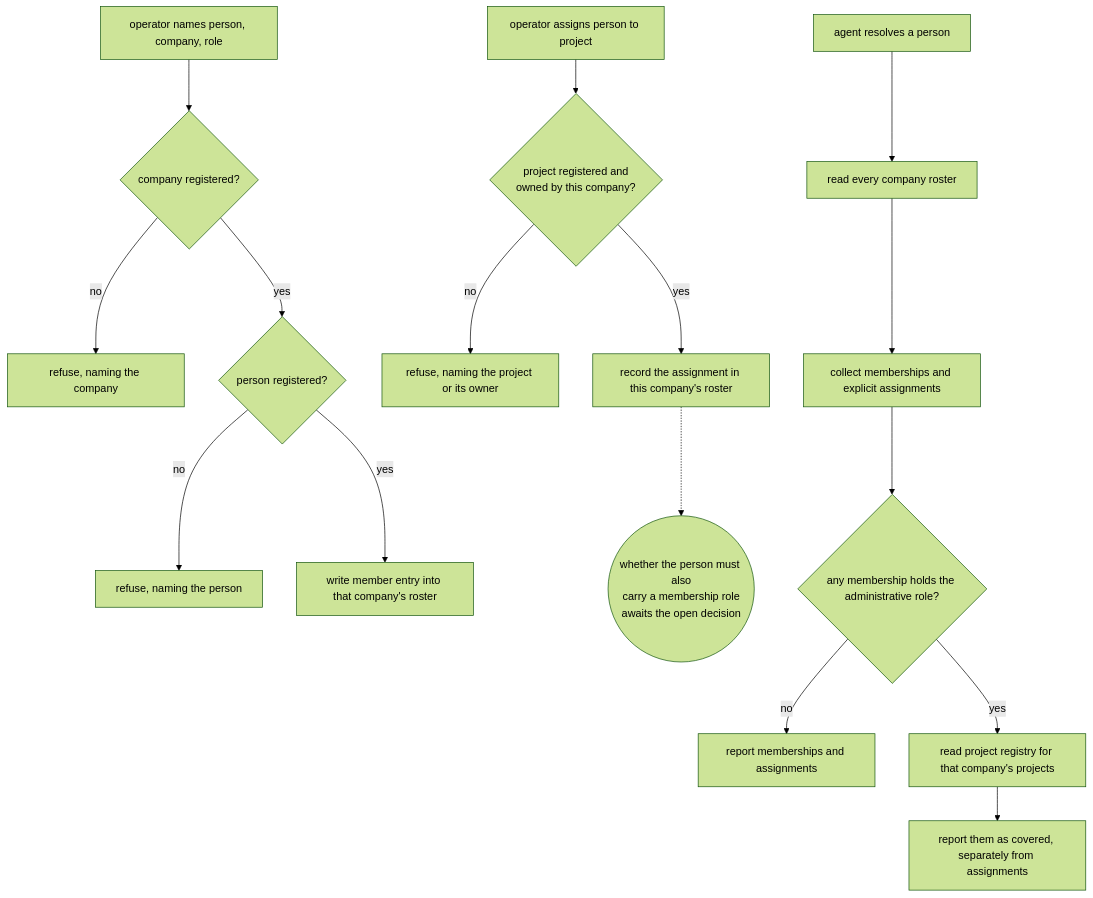
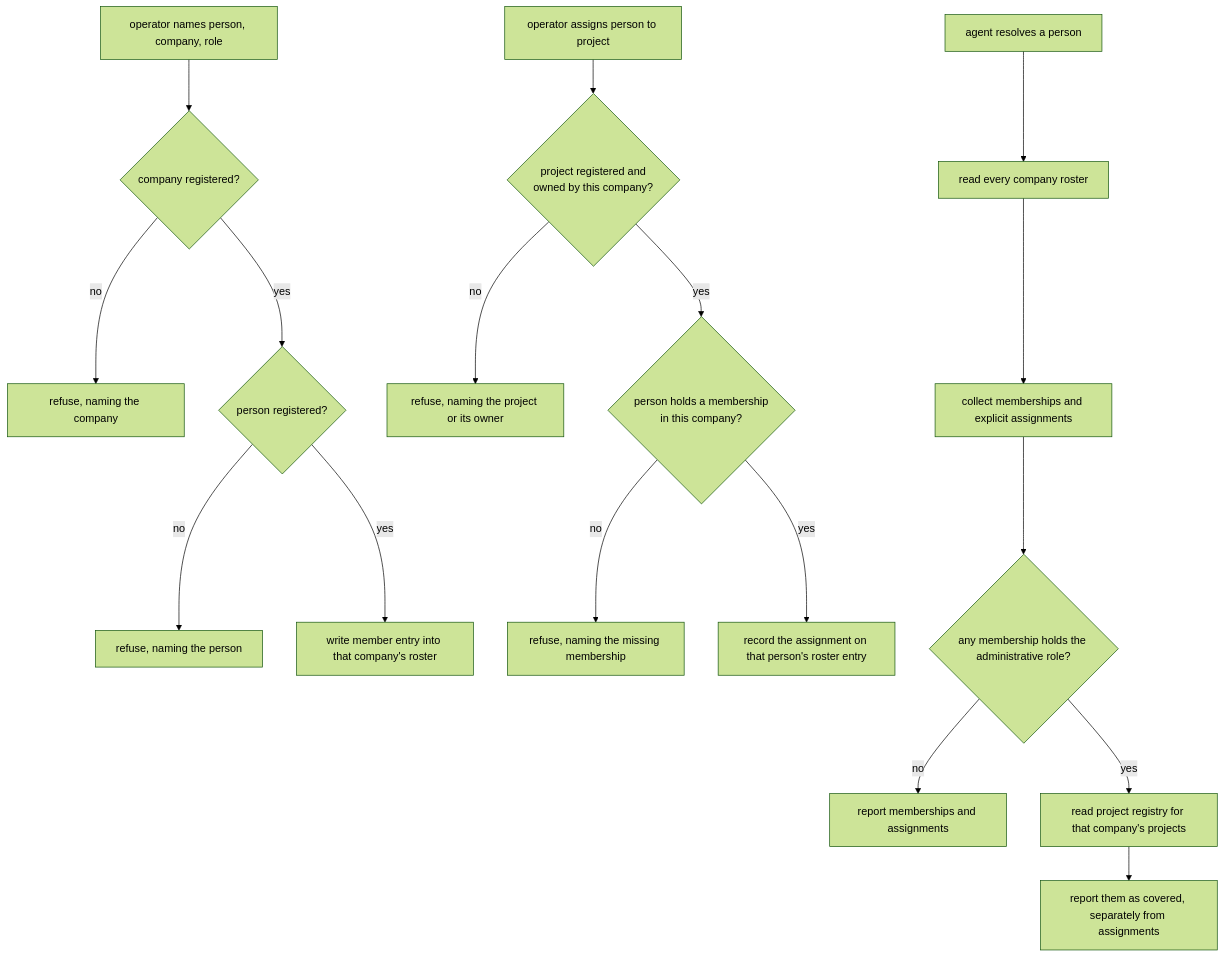
Before and after one commit to InstruktAI/TeleClaude: the diagram in docs/project/design/architecture/organizational-membership.md, drawn with Mermaid (forest theme). The commit also changed other lines of this file and 2 other files, not shown here.

First line of the commit message:
docs(config): settle company-role vocabulary and membership prerequisite

````diff
--- a/docs/project/design/architecture/organizational-membership.md
+++ b/docs/project/design/architecture/organizational-membership.md
@@ -132,20 +138,21 @@
 ```mermaid
 flowchart TD
     A[operator names person, company, role] --> B{company registered?}
     B -- no --> R1[refuse, naming the company]
     B -- yes --> C{person registered?}
     C -- no --> R2[refuse, naming the person]
     C -- yes --> D[write member entry into that company's roster]
 
     E[operator assigns person to project] --> F{project registered and<br/>owned by this company?}
     F -- no --> R3[refuse, naming the project or its owner]
-    F -- yes --> G[record the assignment in this company's roster]
-    G -.-> P((whether the person must also<br/>carry a membership role<br/>awaits the open decision))
+    F -- yes --> Q{person holds a membership<br/>in this company?}
+    Q -- no --> R4[refuse, naming the missing membership]
+    Q -- yes --> G[record the assignment on that person's roster entry]
 
     I[agent resolves a person] --> J[read every company roster]
     J --> K[collect memberships and explicit assignments]
     K --> L{any membership holds the administrative role?}
     L -- no --> M[report memberships and assignments]
     L -- yes --> N[read project registry for that company's projects]
     N --> O[report them as covered, separately from assignments]
 ```
````
